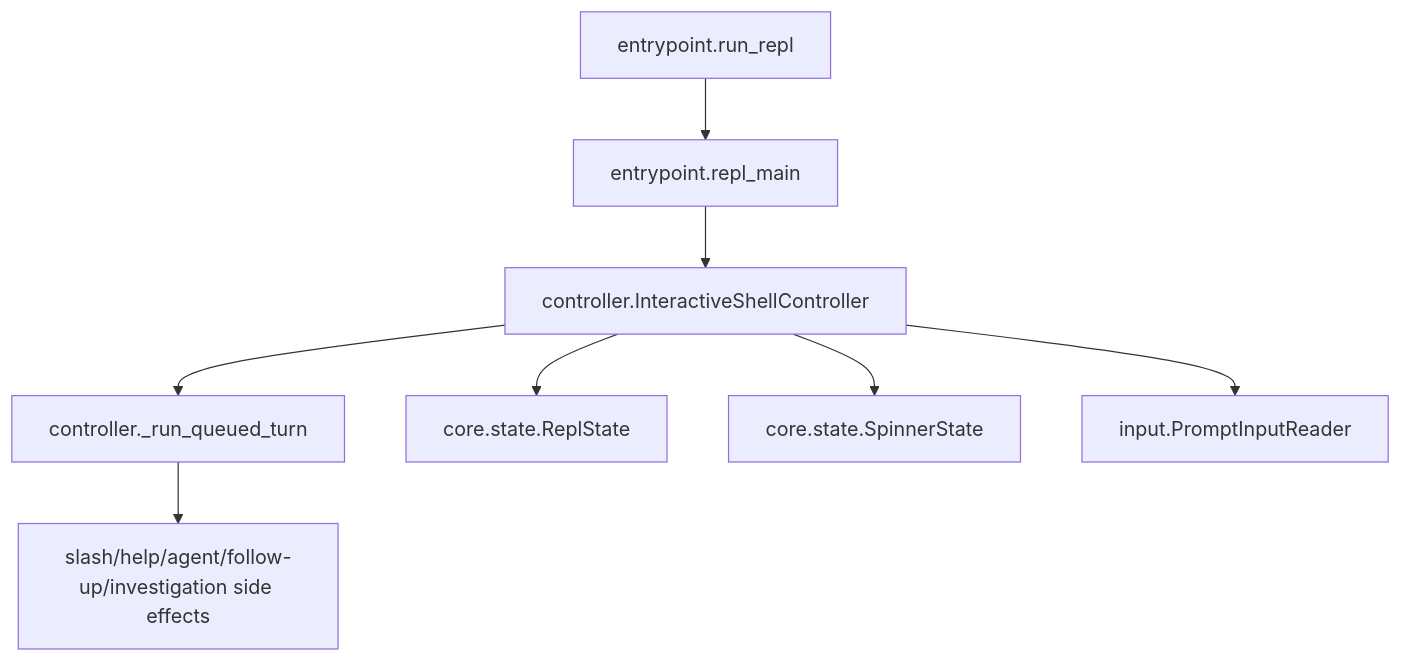
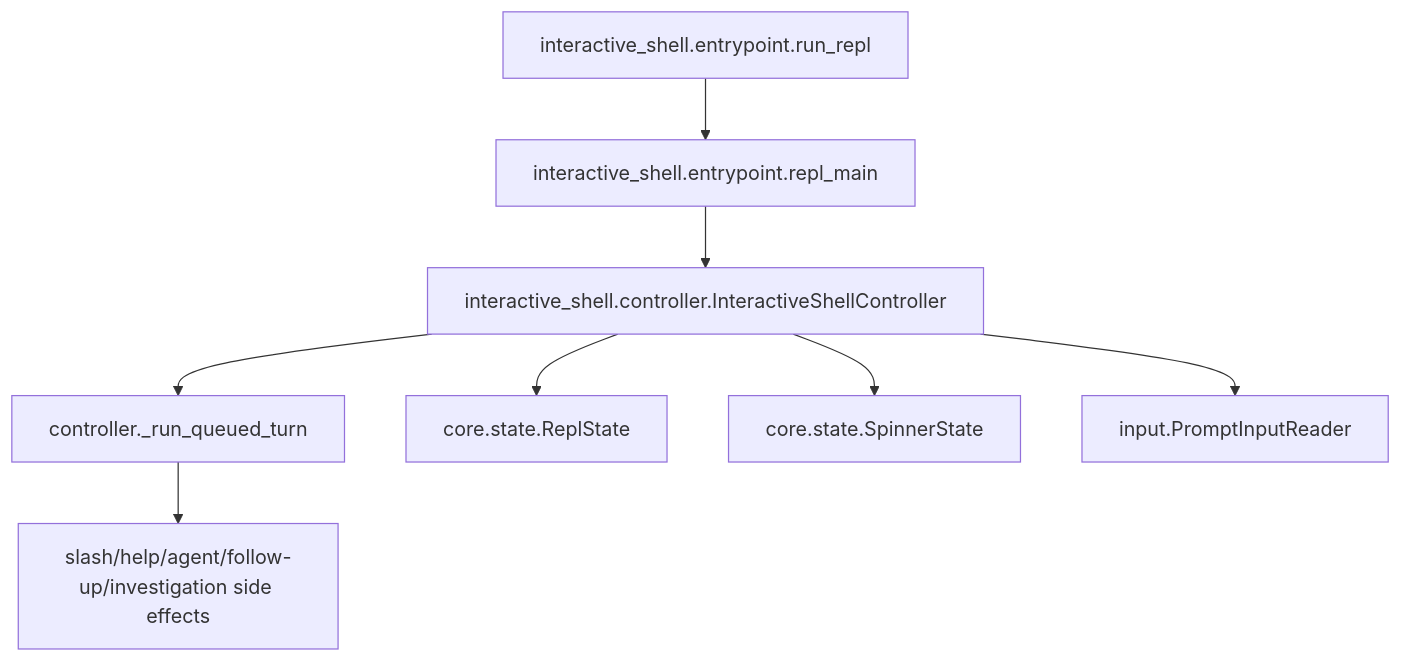
Before and after one commit to Tracer-Cloud/open-sre-agent: the diagram in interactive_shell/runtime/AGENTS.md, drawn with Mermaid. The commit also changed other lines of this file and 10 other files, not shown here.

Commit message:
Move interactive shell entrypoints up

````diff
--- a/interactive_shell/runtime/AGENTS.md
+++ b/interactive_shell/runtime/AGENTS.md
@@ -80,10 +80,10 @@
 ```mermaid
 flowchart TD
-  runRepl["entrypoint.run_repl"] --> replMain["entrypoint.repl_main"]
-  replMain --> controller["controller.InteractiveShellController"]
+  runRepl["interactive_shell.entrypoint.run_repl"] --> replMain["interactive_shell.entrypoint.repl_main"]
+  replMain --> controller["interactive_shell.controller.InteractiveShellController"]
   controller --> executeTurn["controller._run_queued_turn"]
   executeTurn --> sideEffects["slash/help/agent/follow-up/investigation side effects"]
   controller --> replState["core.state.ReplState"]
   controller --> spinnerState["core.state.SpinnerState"]
   controller --> inputReader["input.PromptInputReader"]
 ```
````
